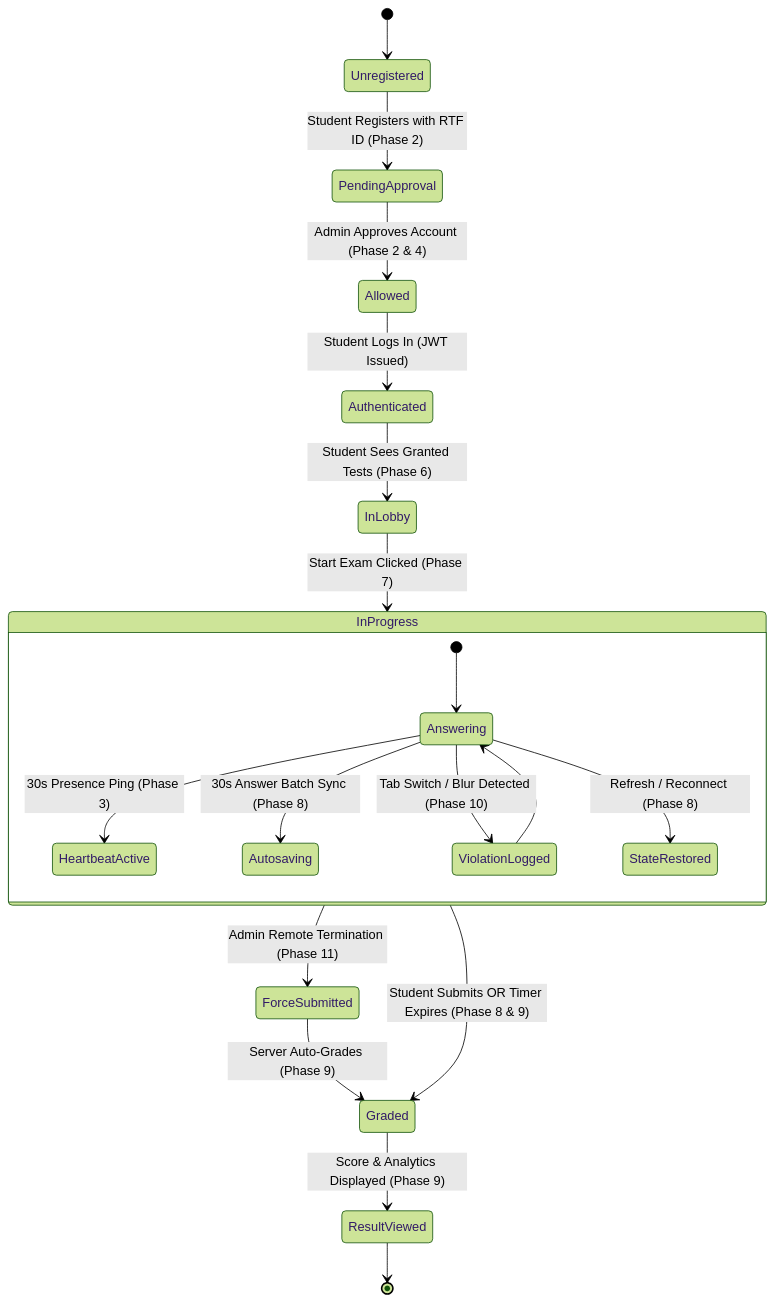
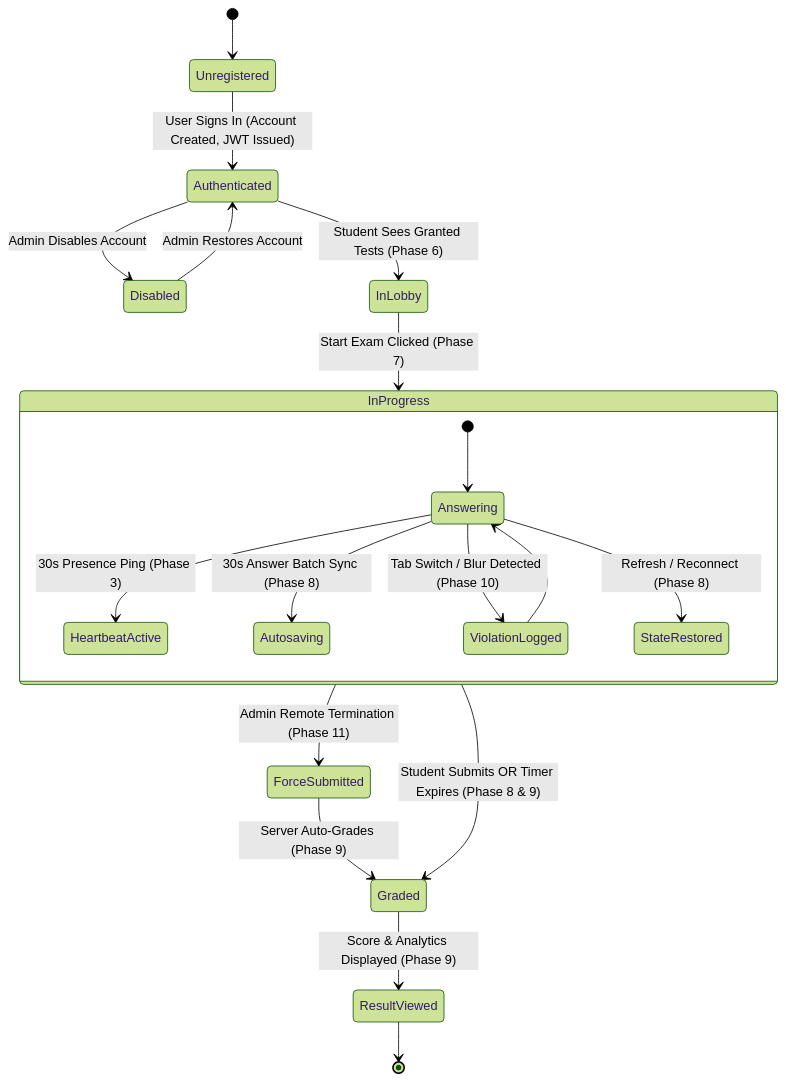
Before and after one commit to bhuveshrohankar28-cmd/Secure-Exam-Platform: the eighth of 8 diagrams in docs/stepwise-implementation-guide.md, drawn with Mermaid (forest theme). The commit also changed other lines of this file and 30 other files, not shown here.

````diff
--- a/docs/stepwise-implementation-guide.md
+++ b/docs/stepwise-implementation-guide.md
@@ -927,24 +915,24 @@
 ```mermaid
 stateDiagram-v2
     [*] --> Unregistered
-    Unregistered --> PendingApproval: Student Registers with RTF ID (Phase 2)
-    PendingApproval --> Allowed: Admin Approves Account (Phase 2 & 4)
-    Allowed --> Authenticated: Student Logs In (JWT Issued)
+    Unregistered --> Authenticated: User Signs In (Account Created, JWT Issued)
+    Authenticated --> Disabled: Admin Disables Account
+    Disabled --> Authenticated: Admin Restores Account
     Authenticated --> InLobby: Student Sees Granted Tests (Phase 6)
     InLobby --> InProgress: Start Exam Clicked (Phase 7)
     
     state InProgress {
         [*] --> Answering
         Answering --> HeartbeatActive: 30s Presence Ping (Phase 3)
         Answering --> Autosaving: 30s Answer Batch Sync (Phase 8)
         Answering --> ViolationLogged: Tab Switch / Blur Detected (Phase 10)
         ViolationLogged --> Answering
         Answering --> StateRestored: Refresh / Reconnect (Phase 8)
     }
 
     InProgress --> Graded: Student Submits OR Timer Expires (Phase 8 & 9)
     InProgress --> ForceSubmitted: Admin Remote Termination (Phase 11)
     ForceSubmitted --> Graded: Server Auto-Grades (Phase 9)
     Graded --> ResultViewed: Score & Analytics Displayed (Phase 9)
     ResultViewed --> [*]
 ```
````
